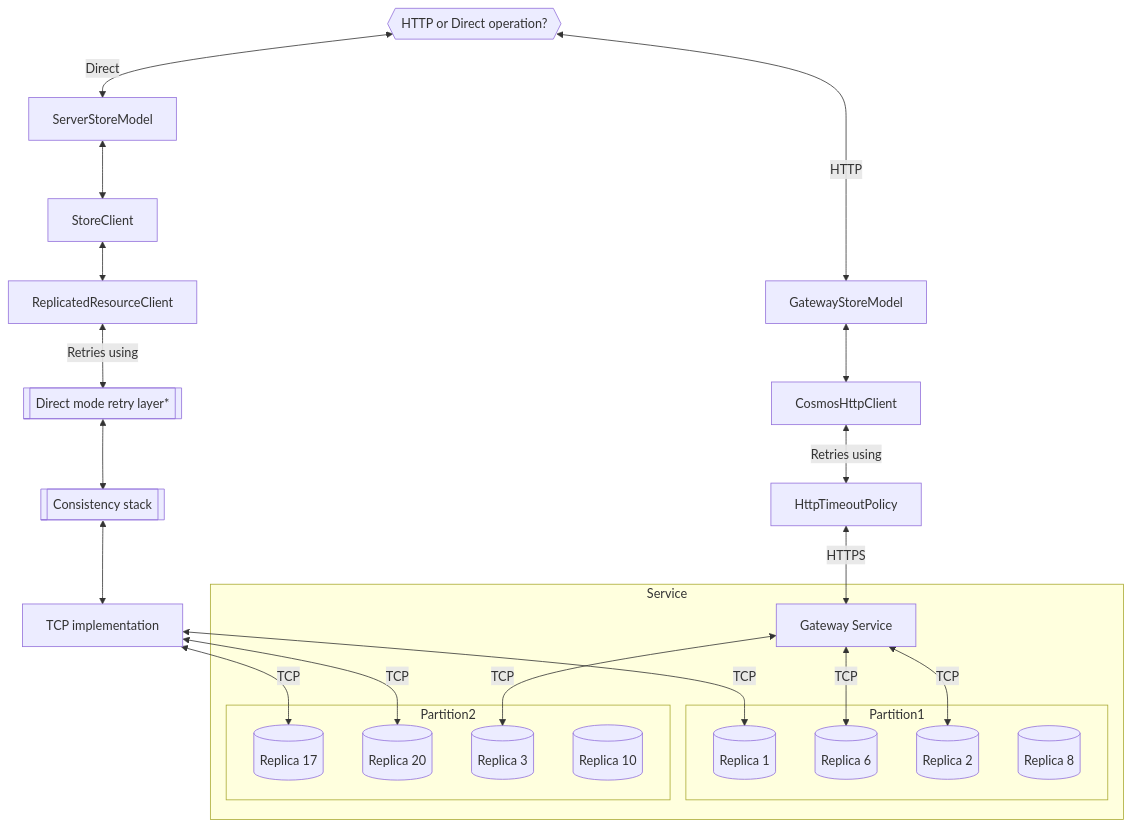
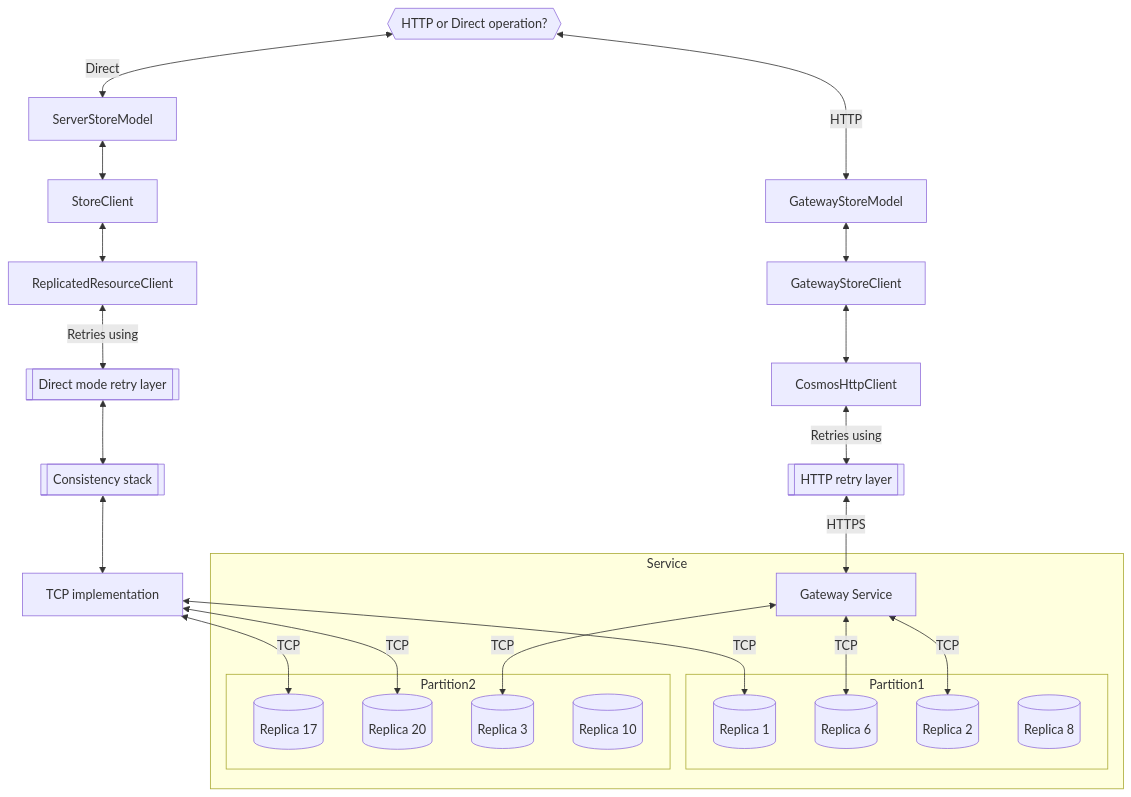
One commit to Azure/azure-cosmos-dotnet-v3 changed the third of 4 diagrams in docs/SdkDesign.md. Above: the diagram before and after it, drawn with Mermaid. The commit also changed other lines of this file, not shown here.

Commit message:
http retry layer

````diff
--- a/docs/SdkDesign.md
+++ b/docs/SdkDesign.md
@@ -51,42 +51,43 @@
 ```mermaid
 flowchart
     Start{{HTTP or Direct operation?}}
         Start <-- HTTP --> GatewayStoreModel
         Start <-- Direct --> ServerStoreModel
         
         TCPClient <-- TCP --> R1
         TCPClient <-- TCP --> R17
         TCPClient <-- TCP --> R20
 
         GatewayService <-- TCP --> R6
         GatewayService <-- TCP --> R3
         GatewayService <-- TCP --> R2
 
         ServerStoreModel <--> StoreClient
         StoreClient <--> ReplicatedResourceClient
-        ReplicatedResourceClient <-- Retries using --> DirectRetry[[Direct mode retry layer*]]
+        ReplicatedResourceClient <-- Retries using --> DirectRetry[[Direct mode retry layer]]
         DirectRetry <--> Consistency[[Consistency stack]]
         Consistency <--> TCPClient[TCP implementation]
 
-        GatewayStoreModel <--> CosmosHttpClient
-        CosmosHttpClient <-- Retries using --> HttpTimeoutPolicy
+        GatewayStoreModel <--> GatewayStoreClient
+        GatewayStoreClient <--> CosmosHttpClient
+        CosmosHttpClient <-- Retries using --> HttpTimeoutPolicy[[HTTP retry layer]]
         HttpTimeoutPolicy <-- HTTPS --> GatewayService
     subgraph Service
         subgraph Partition1
             R1[(Replica 1)]
             R2[(Replica 2)]
             R6[(Replica 6)]
             R8[(Replica 8)]
         end
         subgraph Partition2
             R3[(Replica 3)]
             R20[(Replica 20)]
             R10[(Replica 10)]
             R17[(Replica 17)]
             
         end
 
         GatewayService[Gateway Service]
     end
 
 ```
````
